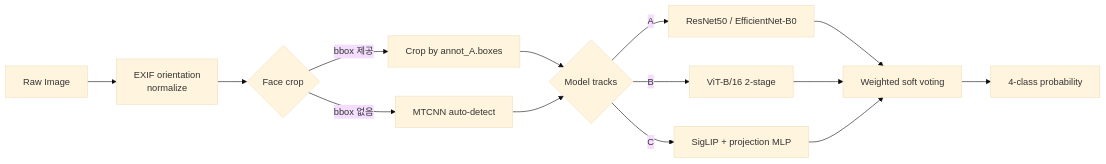
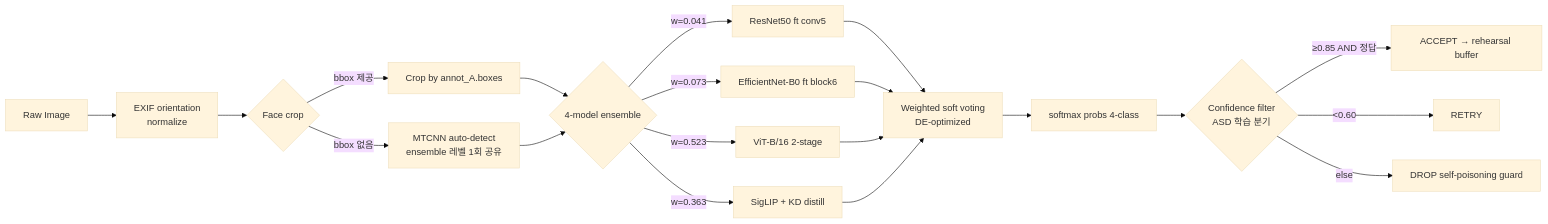
Before and after one commit to moneyally/yua-encoder: the first of 4 diagrams in README.md, drawn with Mermaid (base theme). The commit also changed other lines of this file and 7 other files, not shown here.

````diff
--- a/README.md
+++ b/README.md
@@ -410,16 +456,22 @@
 ```mermaid
 flowchart LR
     A[Raw Image] --> B[EXIF orientation<br/>normalize]
     B --> C{Face crop}
     C -->|bbox 제공| D[Crop by annot_A.boxes]
-    C -->|bbox 없음| E[MTCNN auto-detect]
-    D --> F{Model tracks}
+    C -->|bbox 없음| E[MTCNN auto-detect<br/>ensemble 레벨 1회 공유]
+    D --> F{4-model ensemble}
     E --> F
-    F -->|A| G[ResNet50 / EfficientNet-B0]
-    F -->|B| H[ViT-B/16 2-stage]
-    F -->|C| I[SigLIP + projection MLP]
-    G --> J[Weighted soft voting]
+    F -->|w=0.041| G1[ResNet50 ft conv5]
+    F -->|w=0.073| G2[EfficientNet-B0 ft block6]
+    F -->|w=0.523| H[ViT-B/16 2-stage]
+    F -->|w=0.363| I[SigLIP + KD distill]
+    G1 --> J[Weighted soft voting<br/>DE-optimized]
+    G2 --> J
     H --> J
     I --> J
-    J --> K[4-class probability]
+    J --> K[softmax probs 4-class]
+    K --> L{Confidence filter<br/>ASD 학습 분기}
+    L -->|≥0.85 AND 정답| M[ACCEPT → rehearsal buffer]
+    L -->|<0.60| N[RETRY]
+    L -->|else| O[DROP self-poisoning guard]
 ```
````
